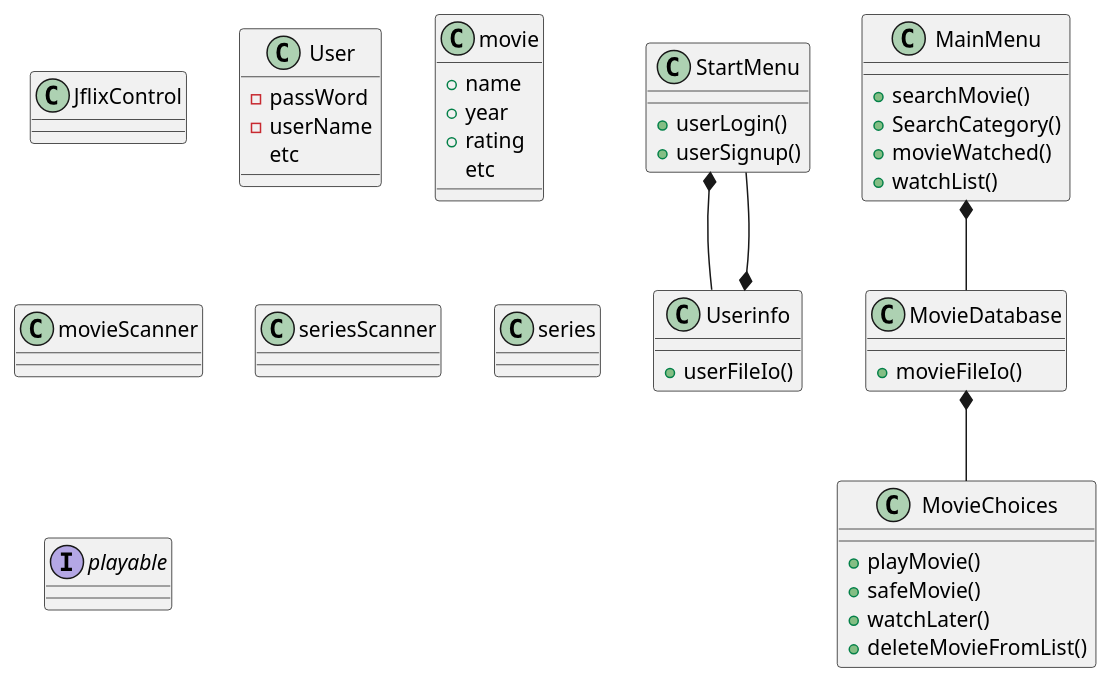
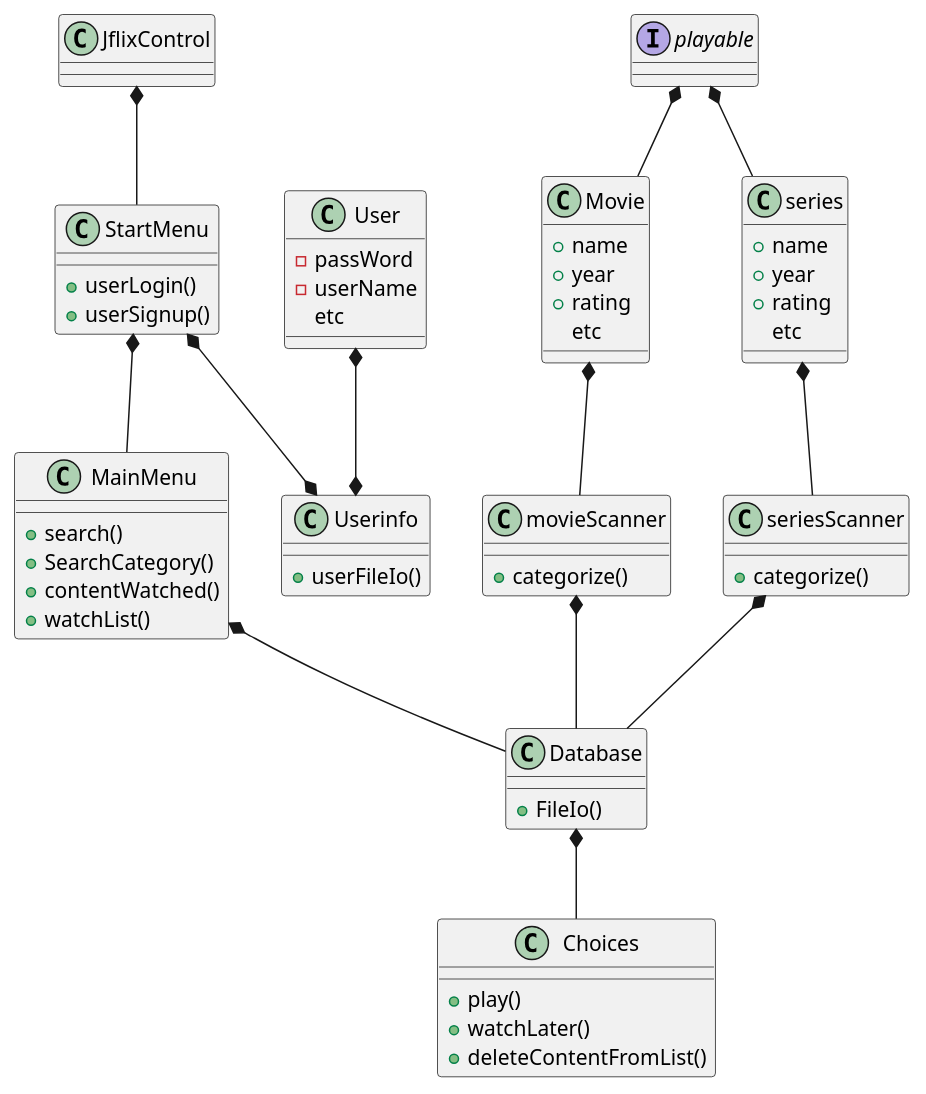
The diagram in sp33/src/sp3.puml (JuliusLansner/SP3-J), drawn with PlantUML before and after one commit.

Commit message:
updates part 2

```diff
--- a/sp33/src/sp3.puml
+++ b/sp33/src/sp3.puml
@@ -1,56 +1,73 @@
 @startuml
 
 class JflixControl
 
 class StartMenu
 
 StartMenu : + userLogin()
 StartMenu : + userSignup()
 
 class MainMenu
-MainMenu : +searchMovie()
+MainMenu : +search()
 MainMenu : +SearchCategory()
-MainMenu : +movieWatched()
+MainMenu : +contentWatched()
 MainMenu : +watchList()
 
 class Userinfo
 Userinfo : +userFileIo()
 
 
 class User
 User : -passWord
 User : -userName
 User : etc
 
-class MovieDatabase
-MovieDatabase : +movieFileIo()
+class Database
+Database : +FileIo()
 
-class MovieChoices
-MovieChoices : +playMovie()
-MovieChoices : +safeMovie()
-MovieChoices : +watchLater()
-MovieChoices : +deleteMovieFromList()
+class Choices
+Choices : +play()
+Choices : +watchLater()
+Choices : +deleteContentFromList()
 
-class movie
-movie : +name
-movie : +year
-movie : +rating
-movie : etc
+class Movie
+Movie : +name
+Movie : +year
+Movie : +rating
+Movie : etc
 
 class movieScanner
+movieScanner : +categorize()
 
 class seriesScanner
+seriesScanner : +categorize()
 
 class series
+series : +name
+series : +year
+series : +rating
+series : etc
 
 interface playable
 
+movieScanner *-- Database
+seriesScanner *-- Database
+Movie *-- movieScanner
+series *-- seriesScanner
+
+StartMenu *-- MainMenu
+JflixControl *-- StartMenu
+MainMenu *-- Database
+Database *-- Choices
+
+User *--* Userinfo
+
+StartMenu *--* Userinfo
+
+playable *-- Movie
+playable *-- series
 
 
-MainMenu *-- MovieDatabase
-MovieDatabase *-- MovieChoices
-StartMenu *-- Userinfo
-StartMenu --* Userinfo
 
 
 @enduml
```
